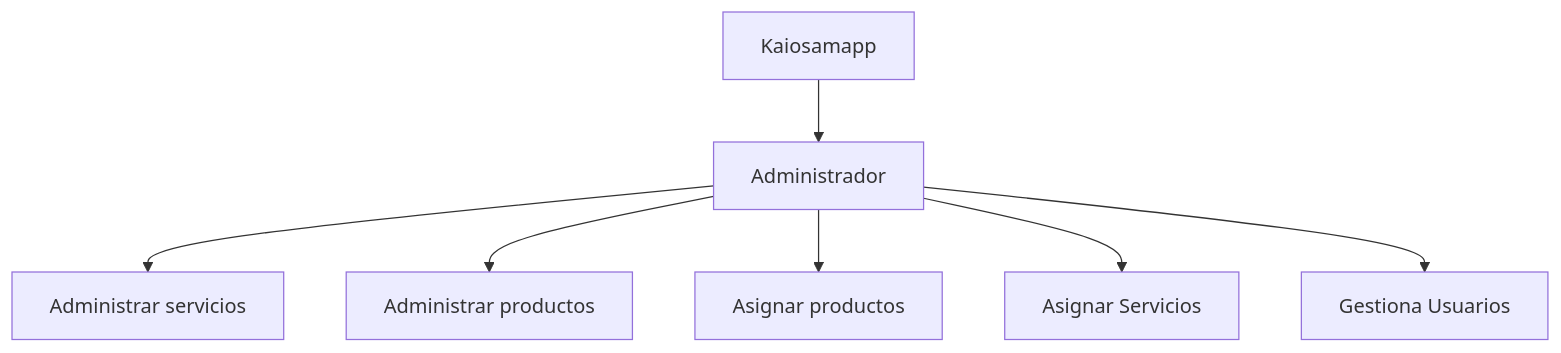
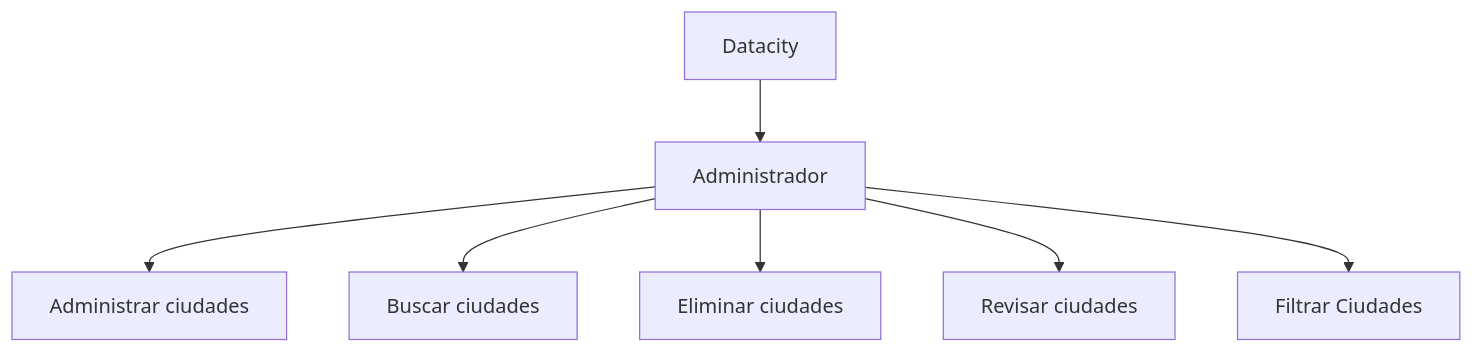
One commit to DLeonardoG/DataCity changed the diagram in README.md. Above: the diagram before and after it, drawn with Mermaid. The commit also changed other lines of this file, not shown here.

````diff
--- a/README.md
+++ b/README.md
@@ -49,9 +49,9 @@
 ```mermaid
 graph TD
-    A[Kaiosamapp] --> B[Administrador]
-    B --> D[Administrar servicios]
-    B --> E[Administrar productos]
-    B --> F[Asignar productos]
-    B --> G[Asignar Servicios]
-    B --> H[Gestiona Usuarios]
+    A[Datacity] --> B[Administrador]
+    B --> D[Administrar ciudades]
+    B --> E[Buscar ciudades]
+    B --> F[Eliminar ciudades]
+    B --> G[Revisar ciudades]
+    B --> H[Filtrar Ciudades]
 ```
````
